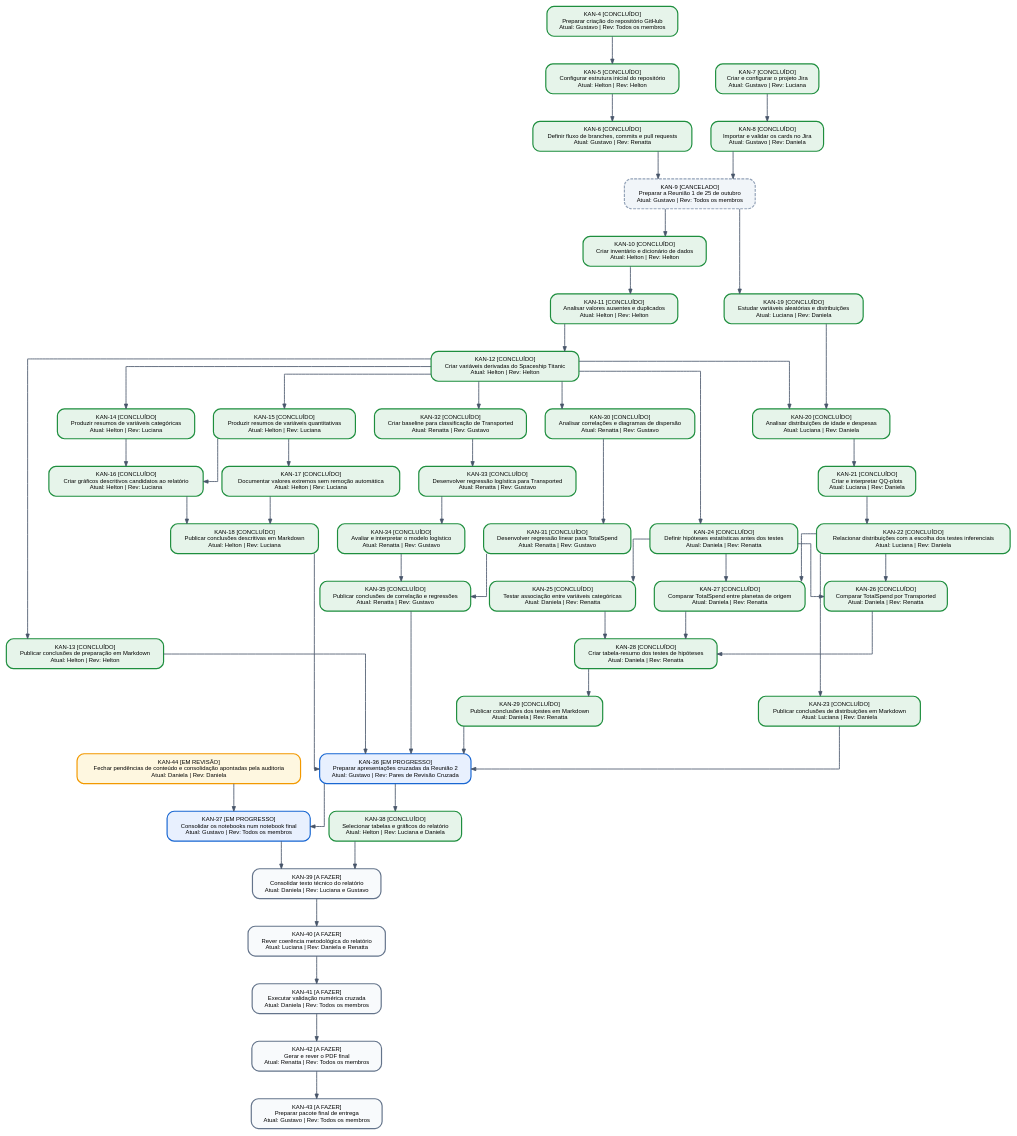
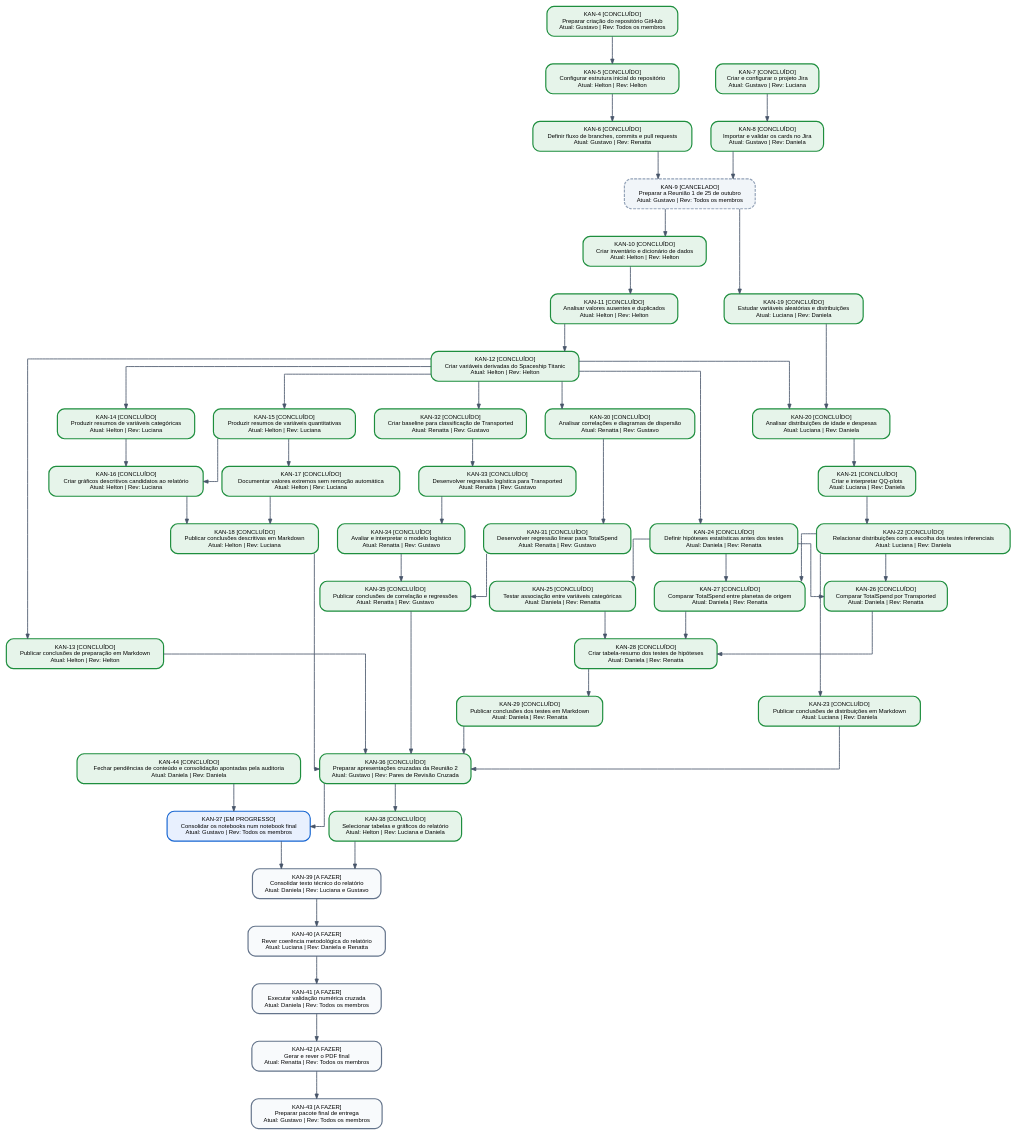
One commit to gmenezesg/spaceship-titanic-estatistica-posdl changed the diagram in docs/mapa_dependencias_jira.dot. Above: the diagram before and after it, drawn with Graphviz. The commit also changed 8 other files, not shown here.

Commit message:
[KAN-36] Adicionar roteiro de apresentações cruzadas, ata da Reunião 2 e atualizar mapa de dependências Jira

```diff
--- a/docs/mapa_dependencias_jira.dot
+++ b/docs/mapa_dependencias_jira.dot
@@ -1,105 +1,105 @@
 digraph JiraDependencyMap {
     rankdir=TB;
     splines=ortho;
     nodesep=0.45;
     ranksep=0.65;
     fontname="Helvetica";
     node [shape=box, style="rounded,filled", fontname="Helvetica", fontsize=10, margin="0.18,0.12", penwidth=2.0];
     edge [color="#475569", penwidth=1.4, arrowsize=0.8];
 
     "KAN-4" [label="KAN-4 [CONCLUÍDO]\nPreparar criação do repositório GitHub\nAtual: Gustavo | Rev: Todos os membros", fillcolor="#E6F4EA", color="#1E8E3E", style="rounded,filled"];
     "KAN-5" [label="KAN-5 [CONCLUÍDO]\nConfigurar estrutura inicial do repositório\nAtual: Helton | Rev: Helton", fillcolor="#E6F4EA", color="#1E8E3E", style="rounded,filled"];
     "KAN-6" [label="KAN-6 [CONCLUÍDO]\nDefinir fluxo de branches, commits e pull requests\nAtual: Gustavo | Rev: Renatta", fillcolor="#E6F4EA", color="#1E8E3E", style="rounded,filled"];
     "KAN-7" [label="KAN-7 [CONCLUÍDO]\nCriar e configurar o projeto Jira\nAtual: Gustavo | Rev: Luciana", fillcolor="#E6F4EA", color="#1E8E3E", style="rounded,filled"];
     "KAN-8" [label="KAN-8 [CONCLUÍDO]\nImportar e validar os cards no Jira\nAtual: Gustavo | Rev: Daniela", fillcolor="#E6F4EA", color="#1E8E3E", style="rounded,filled"];
     "KAN-9" [label="KAN-9 [CANCELADO]\nPreparar a Reunião 1 de 25 de outubro\nAtual: Gustavo | Rev: Todos os membros", fillcolor="#F1F5F9", color="#94A3B8", style="rounded,filled,dashed"];
     "KAN-10" [label="KAN-10 [CONCLUÍDO]\nCriar inventário e dicionário de dados\nAtual: Helton | Rev: Helton", fillcolor="#E6F4EA", color="#1E8E3E", style="rounded,filled"];
     "KAN-11" [label="KAN-11 [CONCLUÍDO]\nAnalisar valores ausentes e duplicados\nAtual: Helton | Rev: Helton", fillcolor="#E6F4EA", color="#1E8E3E", style="rounded,filled"];
     "KAN-12" [label="KAN-12 [CONCLUÍDO]\nCriar variáveis derivadas do Spaceship Titanic\nAtual: Helton | Rev: Helton", fillcolor="#E6F4EA", color="#1E8E3E", style="rounded,filled"];
     "KAN-13" [label="KAN-13 [CONCLUÍDO]\nPublicar conclusões de preparação em Markdown\nAtual: Helton | Rev: Helton", fillcolor="#E6F4EA", color="#1E8E3E", style="rounded,filled"];
     "KAN-14" [label="KAN-14 [CONCLUÍDO]\nProduzir resumos de variáveis categóricas\nAtual: Helton | Rev: Luciana", fillcolor="#E6F4EA", color="#1E8E3E", style="rounded,filled"];
     "KAN-15" [label="KAN-15 [CONCLUÍDO]\nProduzir resumos de variáveis quantitativas\nAtual: Helton | Rev: Luciana", fillcolor="#E6F4EA", color="#1E8E3E", style="rounded,filled"];
     "KAN-16" [label="KAN-16 [CONCLUÍDO]\nCriar gráficos descritivos candidatos ao relatório\nAtual: Helton | Rev: Luciana", fillcolor="#E6F4EA", color="#1E8E3E", style="rounded,filled"];
     "KAN-17" [label="KAN-17 [CONCLUÍDO]\nDocumentar valores extremos sem remoção automática\nAtual: Helton | Rev: Luciana", fillcolor="#E6F4EA", color="#1E8E3E", style="rounded,filled"];
     "KAN-18" [label="KAN-18 [CONCLUÍDO]\nPublicar conclusões descritivas em Markdown\nAtual: Helton | Rev: Luciana", fillcolor="#E6F4EA", color="#1E8E3E", style="rounded,filled"];
     "KAN-19" [label="KAN-19 [CONCLUÍDO]\nEstudar variáveis aleatórias e distribuições\nAtual: Luciana | Rev: Daniela", fillcolor="#E6F4EA", color="#1E8E3E", style="rounded,filled"];
     "KAN-20" [label="KAN-20 [CONCLUÍDO]\nAnalisar distribuições de idade e despesas\nAtual: Luciana | Rev: Daniela", fillcolor="#E6F4EA", color="#1E8E3E", style="rounded,filled"];
     "KAN-21" [label="KAN-21 [CONCLUÍDO]\nCriar e interpretar QQ-plots\nAtual: Luciana | Rev: Daniela", fillcolor="#E6F4EA", color="#1E8E3E", style="rounded,filled"];
     "KAN-22" [label="KAN-22 [CONCLUÍDO]\nRelacionar distribuições com a escolha dos testes inferenciais\nAtual: Luciana | Rev: Daniela", fillcolor="#E6F4EA", color="#1E8E3E", style="rounded,filled"];
     "KAN-23" [label="KAN-23 [CONCLUÍDO]\nPublicar conclusões de distribuições em Markdown\nAtual: Luciana | Rev: Daniela", fillcolor="#E6F4EA", color="#1E8E3E", style="rounded,filled"];
     "KAN-24" [label="KAN-24 [CONCLUÍDO]\nDefinir hipóteses estatísticas antes dos testes\nAtual: Daniela | Rev: Renatta", fillcolor="#E6F4EA", color="#1E8E3E", style="rounded,filled"];
     "KAN-25" [label="KAN-25 [CONCLUÍDO]\nTestar associação entre variáveis categóricas\nAtual: Daniela | Rev: Renatta", fillcolor="#E6F4EA", color="#1E8E3E", style="rounded,filled"];
     "KAN-26" [label="KAN-26 [CONCLUÍDO]\nComparar TotalSpend por Transported\nAtual: Daniela | Rev: Renatta", fillcolor="#E6F4EA", color="#1E8E3E", style="rounded,filled"];
     "KAN-27" [label="KAN-27 [CONCLUÍDO]\nComparar TotalSpend entre planetas de origem\nAtual: Daniela | Rev: Renatta", fillcolor="#E6F4EA", color="#1E8E3E", style="rounded,filled"];
     "KAN-28" [label="KAN-28 [CONCLUÍDO]\nCriar tabela-resumo dos testes de hipóteses\nAtual: Daniela | Rev: Renatta", fillcolor="#E6F4EA", color="#1E8E3E", style="rounded,filled"];
     "KAN-29" [label="KAN-29 [CONCLUÍDO]\nPublicar conclusões dos testes em Markdown\nAtual: Daniela | Rev: Renatta", fillcolor="#E6F4EA", color="#1E8E3E", style="rounded,filled"];
     "KAN-30" [label="KAN-30 [CONCLUÍDO]\nAnalisar correlações e diagramas de dispersão\nAtual: Renatta | Rev: Gustavo", fillcolor="#E6F4EA", color="#1E8E3E", style="rounded,filled"];
     "KAN-31" [label="KAN-31 [CONCLUÍDO]\nDesenvolver regressão linear para TotalSpend\nAtual: Renatta | Rev: Gustavo", fillcolor="#E6F4EA", color="#1E8E3E", style="rounded,filled"];
     "KAN-32" [label="KAN-32 [CONCLUÍDO]\nCriar baseline para classificação de Transported\nAtual: Renatta | Rev: Gustavo", fillcolor="#E6F4EA", color="#1E8E3E", style="rounded,filled"];
     "KAN-33" [label="KAN-33 [CONCLUÍDO]\nDesenvolver regressão logística para Transported\nAtual: Renatta | Rev: Gustavo", fillcolor="#E6F4EA", color="#1E8E3E", style="rounded,filled"];
     "KAN-34" [label="KAN-34 [CONCLUÍDO]\nAvaliar e interpretar o modelo logístico\nAtual: Renatta | Rev: Gustavo", fillcolor="#E6F4EA", color="#1E8E3E", style="rounded,filled"];
     "KAN-35" [label="KAN-35 [CONCLUÍDO]\nPublicar conclusões de correlação e regressões\nAtual: Renatta | Rev: Gustavo", fillcolor="#E6F4EA", color="#1E8E3E", style="rounded,filled"];
-    "KAN-36" [label="KAN-36 [EM PROGRESSO]\nPreparar apresentações cruzadas da Reunião 2\nAtual: Gustavo | Rev: Pares de Revisão Cruzada", fillcolor="#E8F0FE", color="#1967D2", style="rounded,filled"];
+    "KAN-36" [label="KAN-36 [CONCLUÍDO]\nPreparar apresentações cruzadas da Reunião 2\nAtual: Gustavo | Rev: Pares de Revisão Cruzada", fillcolor="#E6F4EA", color="#1E8E3E", style="rounded,filled"];
     "KAN-37" [label="KAN-37 [EM PROGRESSO]\nConsolidar os notebooks num notebook final\nAtual: Gustavo | Rev: Todos os membros", fillcolor="#E8F0FE", color="#1967D2", style="rounded,filled"];
     "KAN-38" [label="KAN-38 [CONCLUÍDO]\nSelecionar tabelas e gráficos do relatório\nAtual: Helton | Rev: Luciana e Daniela", fillcolor="#E6F4EA", color="#1E8E3E", style="rounded,filled"];
     "KAN-39" [label="KAN-39 [A FAZER]\nConsolidar texto técnico do relatório\nAtual: Daniela | Rev: Luciana e Gustavo", fillcolor="#F8FAFC", color="#64748B", style="rounded,filled"];
     "KAN-40" [label="KAN-40 [A FAZER]\nRever coerência metodológica do relatório\nAtual: Luciana | Rev: Daniela e Renatta", fillcolor="#F8FAFC", color="#64748B", style="rounded,filled"];
     "KAN-41" [label="KAN-41 [A FAZER]\nExecutar validação numérica cruzada\nAtual: Daniela | Rev: Todos os membros", fillcolor="#F8FAFC", color="#64748B", style="rounded,filled"];
     "KAN-42" [label="KAN-42 [A FAZER]\nGerar e rever o PDF final\nAtual: Renatta | Rev: Todos os membros", fillcolor="#F8FAFC", color="#64748B", style="rounded,filled"];
     "KAN-43" [label="KAN-43 [A FAZER]\nPreparar pacote final de entrega\nAtual: Gustavo | Rev: Todos os membros", fillcolor="#F8FAFC", color="#64748B", style="rounded,filled"];
-    "KAN-44" [label="KAN-44 [EM REVISÃO]\nFechar pendências de conteúdo e consolidação apontadas pela auditoria\nAtual: Daniela | Rev: Daniela", fillcolor="#FEF7E0", color="#F29900", style="rounded,filled"];
+    "KAN-44" [label="KAN-44 [CONCLUÍDO]\nFechar pendências de conteúdo e consolidação apontadas pela auditoria\nAtual: Daniela | Rev: Daniela", fillcolor="#E6F4EA", color="#1E8E3E", style="rounded,filled"];
 
     "KAN-4" -> "KAN-5";
     "KAN-5" -> "KAN-6";
     "KAN-7" -> "KAN-8";
     "KAN-6" -> "KAN-9";
     "KAN-8" -> "KAN-9";
     "KAN-9" -> "KAN-10";
     "KAN-10" -> "KAN-11";
     "KAN-11" -> "KAN-12";
     "KAN-12" -> "KAN-13";
     "KAN-12" -> "KAN-14";
     "KAN-12" -> "KAN-15";
     "KAN-14" -> "KAN-16";
     "KAN-15" -> "KAN-16";
     "KAN-15" -> "KAN-17";
     "KAN-16" -> "KAN-18";
     "KAN-17" -> "KAN-18";
     "KAN-9" -> "KAN-19";
     "KAN-12" -> "KAN-20";
     "KAN-19" -> "KAN-20";
     "KAN-20" -> "KAN-21";
     "KAN-21" -> "KAN-22";
     "KAN-22" -> "KAN-23";
     "KAN-12" -> "KAN-24";
     "KAN-24" -> "KAN-25";
     "KAN-22" -> "KAN-26";
     "KAN-24" -> "KAN-26";
     "KAN-22" -> "KAN-27";
     "KAN-24" -> "KAN-27";
     "KAN-25" -> "KAN-28";
     "KAN-26" -> "KAN-28";
     "KAN-27" -> "KAN-28";
     "KAN-28" -> "KAN-29";
     "KAN-12" -> "KAN-30";
     "KAN-30" -> "KAN-31";
     "KAN-12" -> "KAN-32";
     "KAN-32" -> "KAN-33";
     "KAN-33" -> "KAN-34";
     "KAN-34" -> "KAN-35";
     "KAN-31" -> "KAN-35";
     "KAN-13" -> "KAN-36";
     "KAN-18" -> "KAN-36";
     "KAN-23" -> "KAN-36";
     "KAN-29" -> "KAN-36";
     "KAN-35" -> "KAN-36";
     "KAN-36" -> "KAN-37";
     "KAN-44" -> "KAN-37";
     "KAN-36" -> "KAN-38";
     "KAN-37" -> "KAN-39";
     "KAN-38" -> "KAN-39";
     "KAN-39" -> "KAN-40";
     "KAN-40" -> "KAN-41";
     "KAN-41" -> "KAN-42";
     "KAN-42" -> "KAN-43";
 }
```
